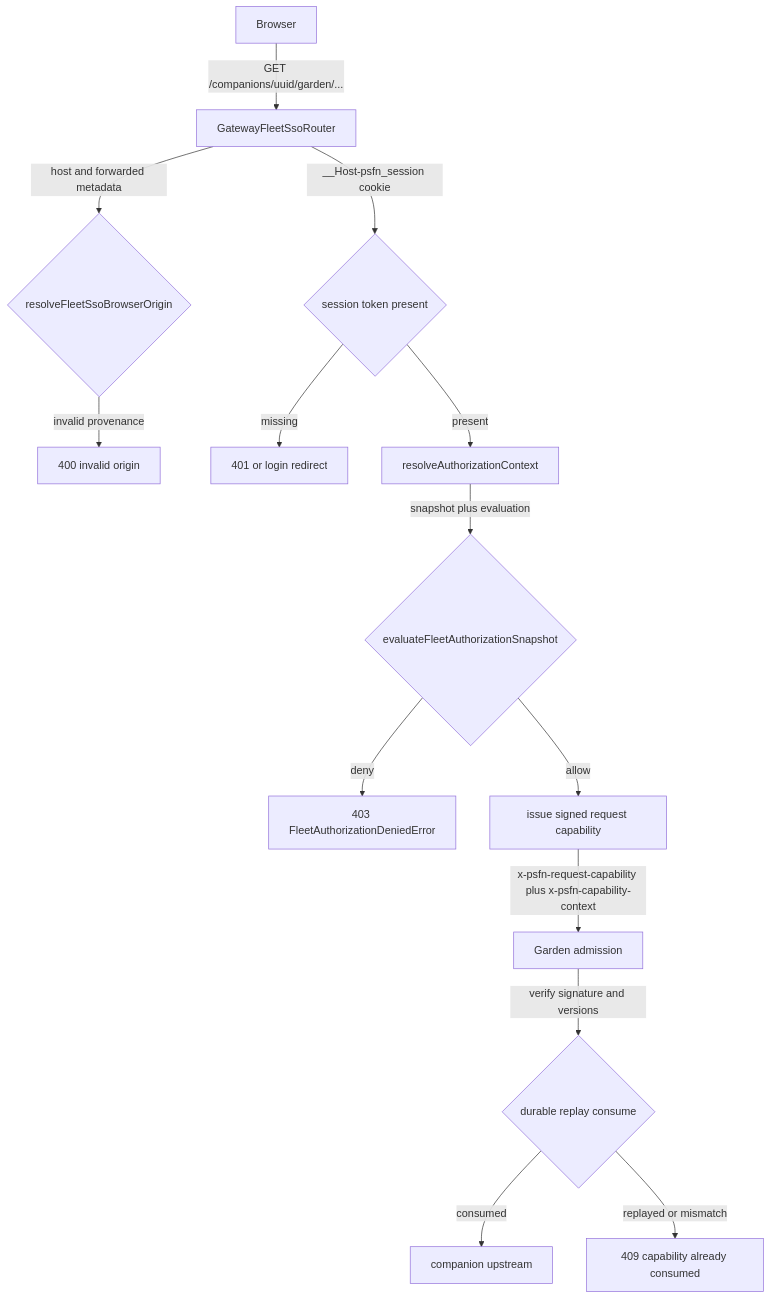
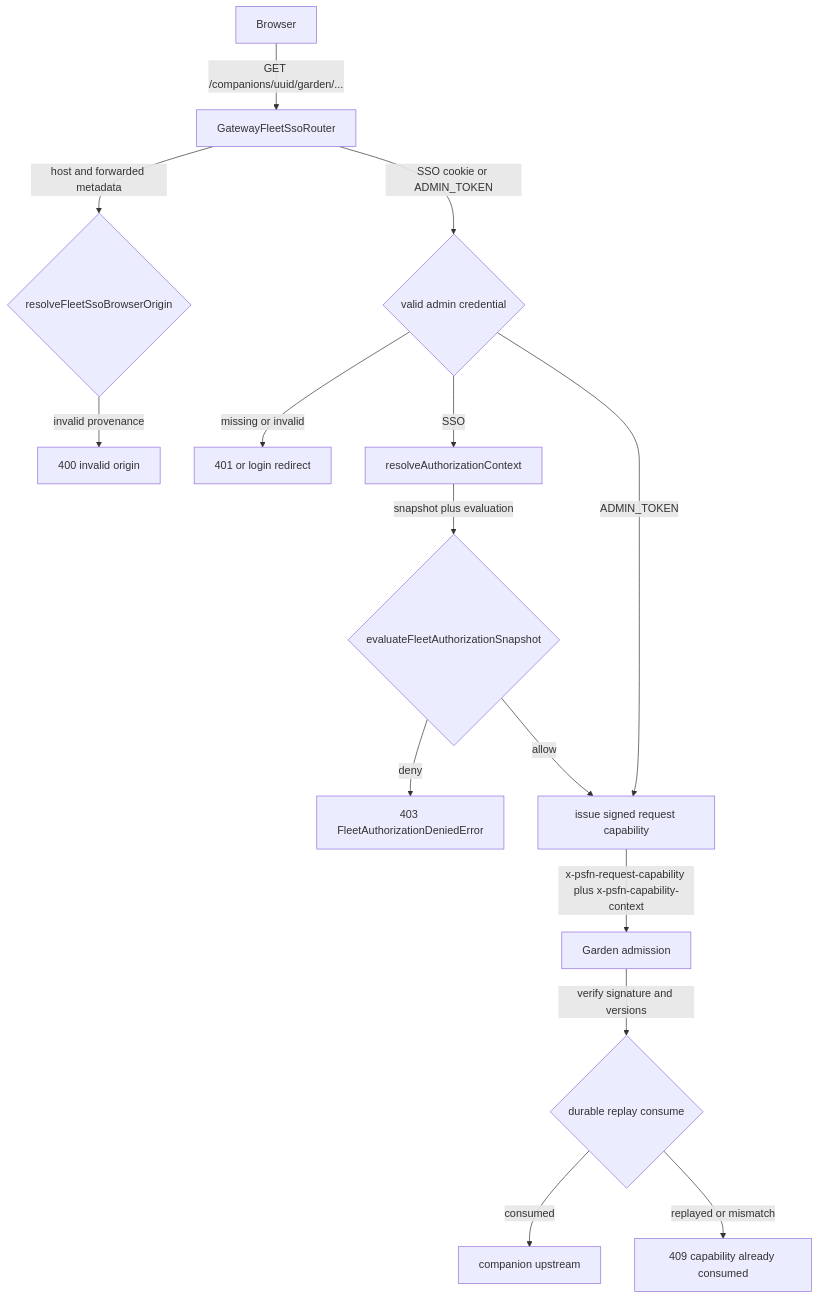
One commit to CGIC-AI/psfn-framework changed the first of 3 diagrams in docs/operator/fleet-auth.md. Above: the diagram before and after it, drawn with Mermaid. The commit also changed other lines of this file and 11 other files, not shown here.

Commit message:
fix(garden): admit admin token alongside fleet SSO

````diff
--- a/docs/operator/fleet-auth.md
+++ b/docs/operator/fleet-auth.md
@@ -111,16 +111,17 @@
 ```mermaid
 flowchart TD
   B["Browser"] -->|"GET /companions/uuid/garden/..."| R["GatewayFleetSsoRouter"]
   R -->|"host and forwarded metadata"| ORIG{"resolveFleetSsoBrowserOrigin"}
   ORIG -->|"invalid provenance"| D400["400 invalid origin"]
-  R -->|"__Host-psfn_session cookie"| AUTH{"session token present"}
-  AUTH -->|"missing"| D401["401 or login redirect"]
-  AUTH -->|"present"| CTX["resolveAuthorizationContext"]
+  R -->|"SSO cookie or ADMIN_TOKEN"| AUTH{"valid admin credential"}
+  AUTH -->|"missing or invalid"| D401["401 or login redirect"]
+  AUTH -->|"SSO"| CTX["resolveAuthorizationContext"]
   CTX -->|"snapshot plus evaluation"| EVAL{"evaluateFleetAuthorizationSnapshot"}
   EVAL -->|"deny"| D403["403 FleetAuthorizationDeniedError"]
   EVAL -->|"allow"| CAP["issue signed request capability"]
+  AUTH -->|"ADMIN_TOKEN"| CAP
   CAP -->|"x-psfn-request-capability plus x-psfn-capability-context"| GATE["Garden admission"]
   GATE -->|"verify signature and versions"| REPLAY{"durable replay consume"}
   REPLAY -->|"consumed"| UP["companion upstream"]
   REPLAY -->|"replayed or mismatch"| D409["409 capability already consumed"]
 ```
````
